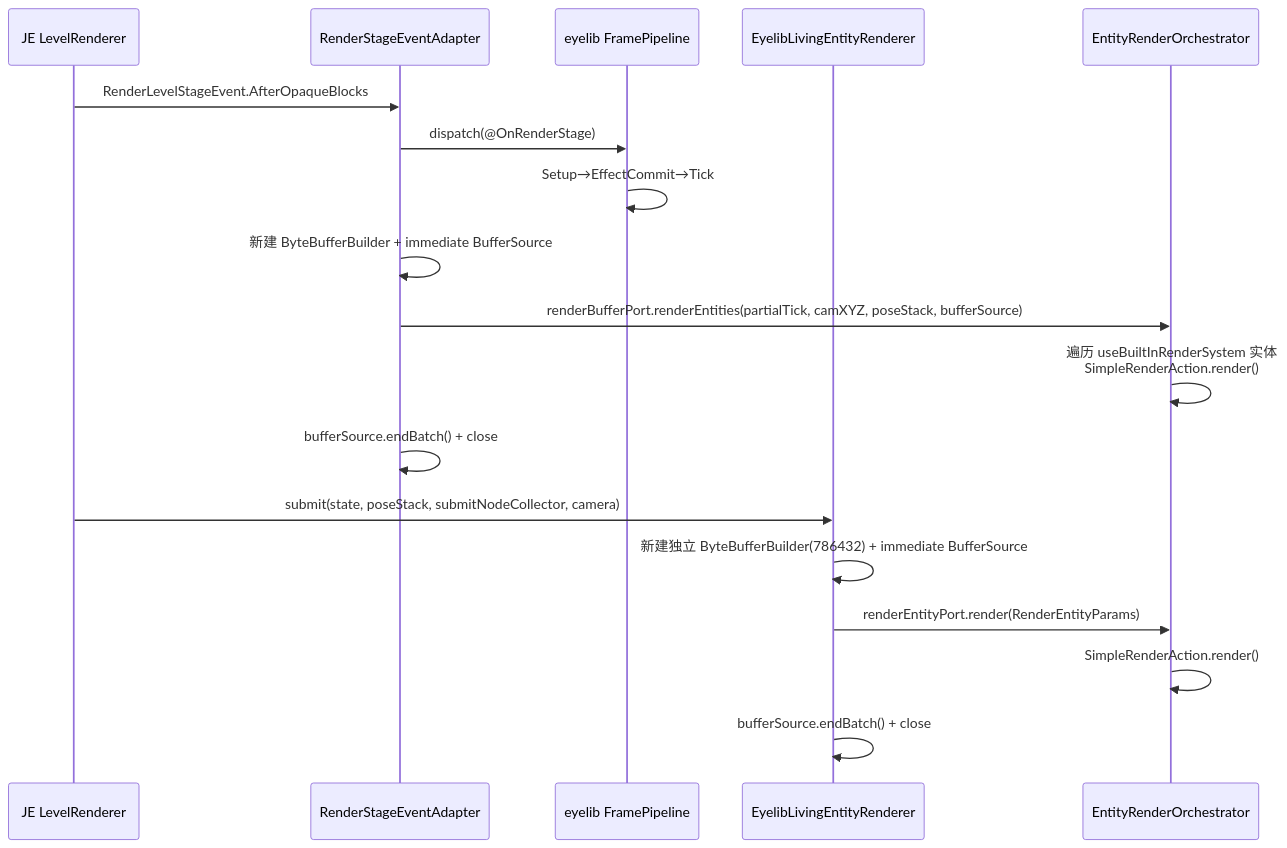
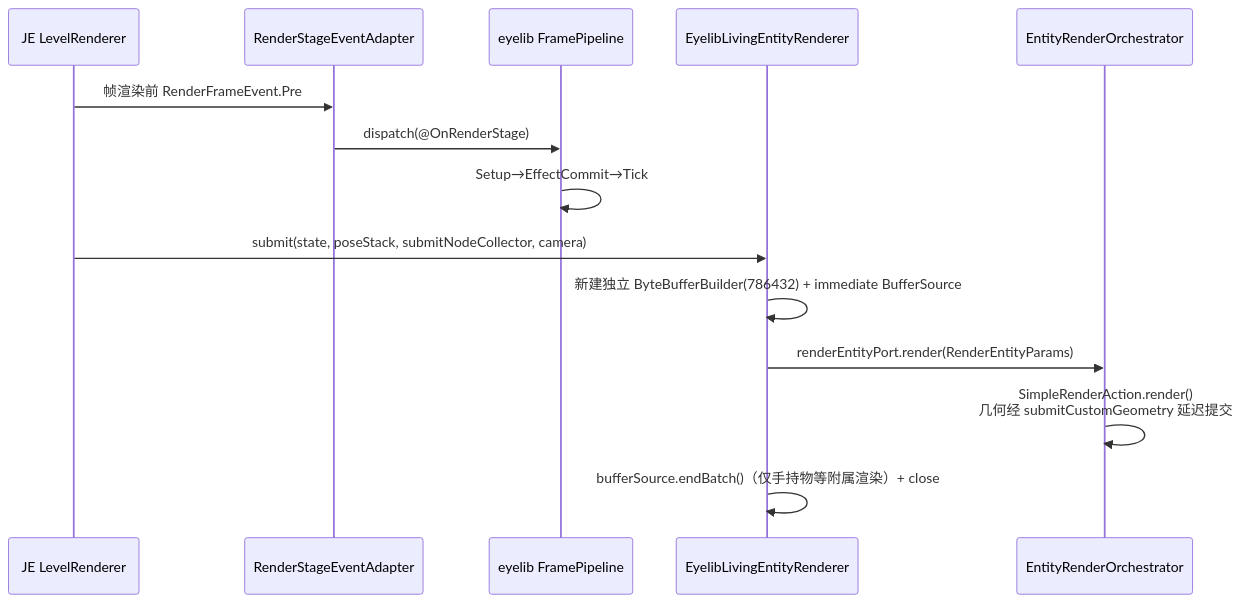
Before and after one commit to TT432/eyelib: the third of 3 diagrams in docs/concepts/cross-version-render-architecture.md, drawn with Mermaid. The commit also changed other lines of this file and 4 other files, not shown here.

````diff
--- a/docs/concepts/cross-version-render-architecture.md
+++ b/docs/concepts/cross-version-render-architecture.md
@@ -245,22 +245,18 @@
 ```mermaid
 sequenceDiagram
     participant JE as JE LevelRenderer
     participant RSEA as RenderStageEventAdapter
     participant FP as eyelib FramePipeline
     participant ELR as EyelibLivingEntityRenderer
     participant Orch as EntityRenderOrchestrator
 
-    JE->>RSEA: RenderLevelStageEvent.AfterOpaqueBlocks
+    JE->>RSEA: 帧渲染前 RenderFrameEvent.Pre
     RSEA->>FP: dispatch(@OnRenderStage)
     FP->>FP: Setup→EffectCommit→Tick
-    RSEA->>RSEA: 新建 ByteBufferBuilder + immediate BufferSource
-    RSEA->>Orch: renderBufferPort.renderEntities(partialTick, camXYZ, poseStack, bufferSource)
-    Orch->>Orch: 遍历 useBuiltInRenderSystem 实体<br/>SimpleRenderAction.render()
-    RSEA->>RSEA: bufferSource.endBatch() + close
 
     JE->>ELR: submit(state, poseStack, submitNodeCollector, camera)
     ELR->>ELR: 新建独立 ByteBufferBuilder(786432) + immediate BufferSource
     ELR->>Orch: renderEntityPort.render(RenderEntityParams)
-    Orch->>Orch: SimpleRenderAction.render()
-    ELR->>ELR: bufferSource.endBatch() + close
+    Orch->>Orch: SimpleRenderAction.render()<br/>几何经 submitCustomGeometry 延迟提交
+    ELR->>ELR: bufferSource.endBatch()（仅手持物等附属渲染）+ close
 ```
````
